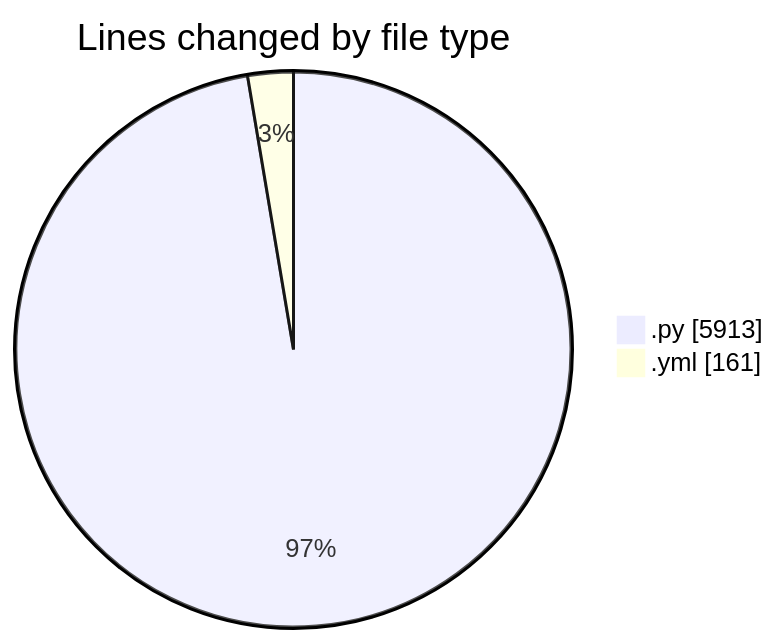
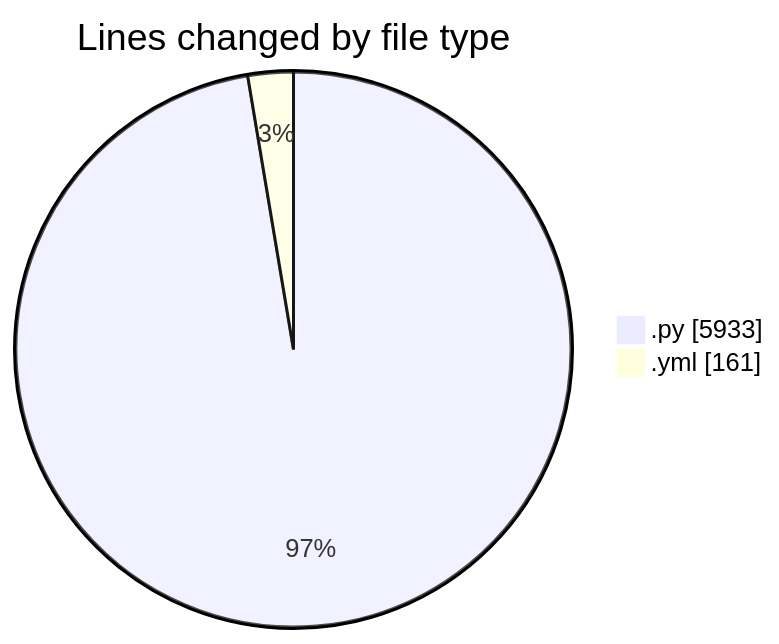
One commit to julien-gomy/code-tracking changed the first of 2 diagrams in 2025-10-15/eventscop-api-guide__workspace_/README.md. Above: the diagram before and after it, drawn with Mermaid. The commit also changed other lines of this file and 1 other file, not shown here.

````diff
--- a/2025-10-15/eventscop-api-guide__workspace_/README.md
+++ b/2025-10-15/eventscop-api-guide__workspace_/README.md
@@ -34,6 +34,6 @@
 ```mermaid
 pie showData
 title Lines changed by file type
-".py" : 5913
+".py" : 5933
 ".yml" : 161
 ```
````
